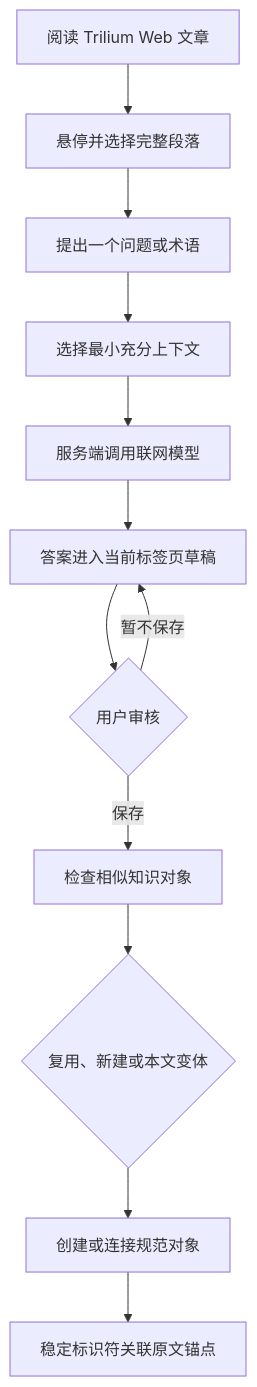
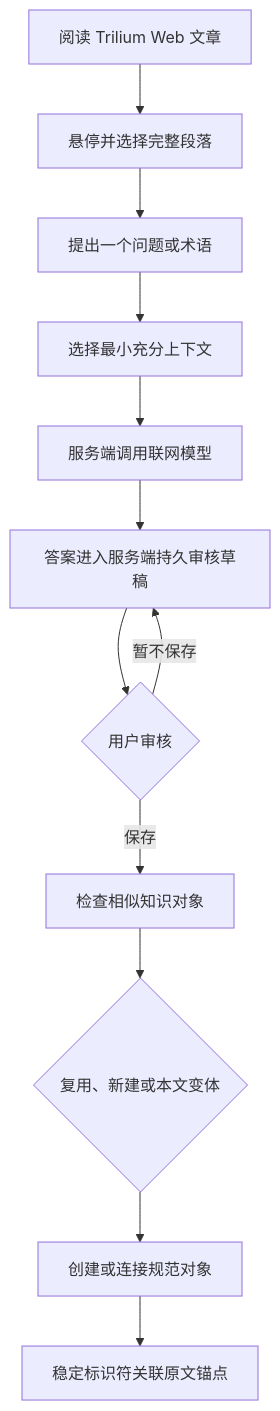
Before and after one commit to AIALRA-0/ReadWeave: the first of 2 diagrams in README.md, drawn with Mermaid. The commit also changed other lines of this file and 3449 other files, not shown here.

````diff
--- a/README.md
+++ b/README.md
@@ -49,15 +49,15 @@
 ```mermaid
 %% 从主动选择段落到审核后保存的用户闭环
 flowchart TB
     Read[阅读 Trilium Web 文章] --> Select[悬停并选择完整段落]
     Select --> Ask[提出一个问题或术语]
     Ask --> Context[选择最小充分上下文]
     Context --> Provider[服务端调用联网模型]
-    Provider --> Draft[答案进入当前标签页草稿]
+    Provider --> Draft[答案进入服务端持久审核草稿]
     Draft --> Review{用户审核}
     Review -->|保存| Candidate[检查相似知识对象]
     Candidate --> Choice{复用、新建或本文变体}
     Choice --> Object[创建或连接规范对象]
     Object --> Anchor[稳定标识符关联原文锚点]
     Review -->|暂不保存| Draft
 ```
````
